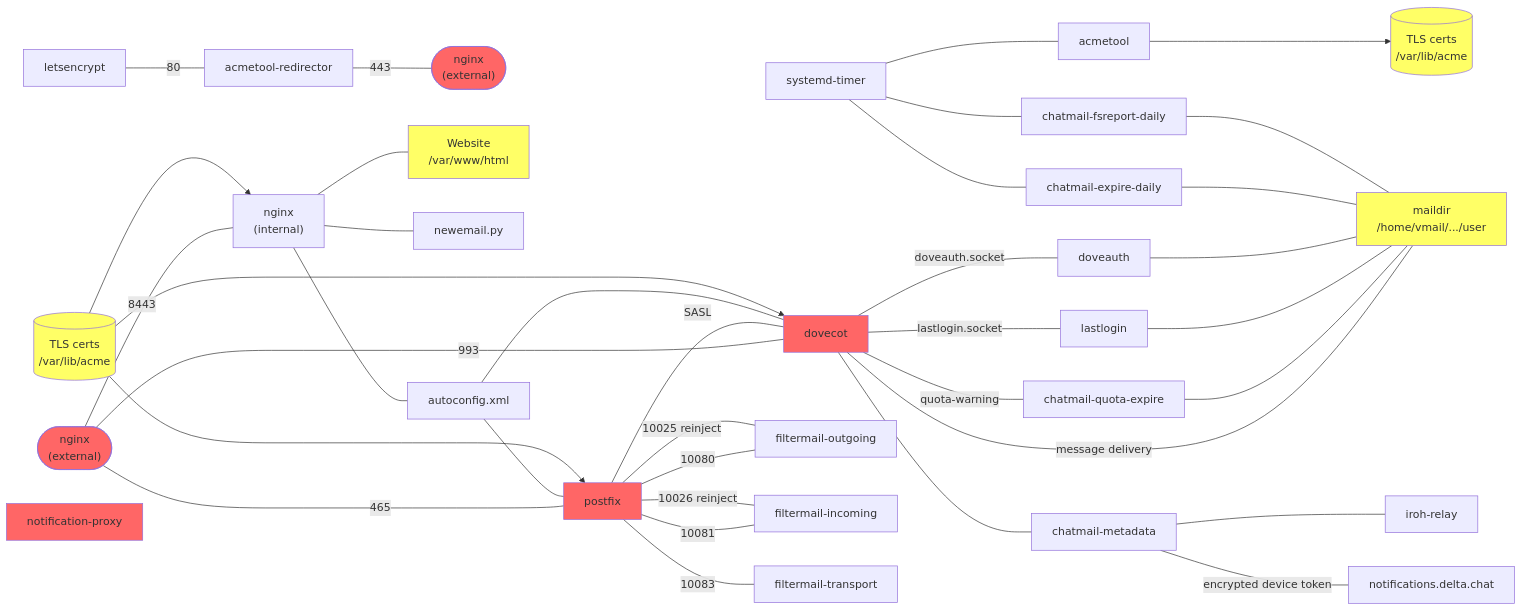
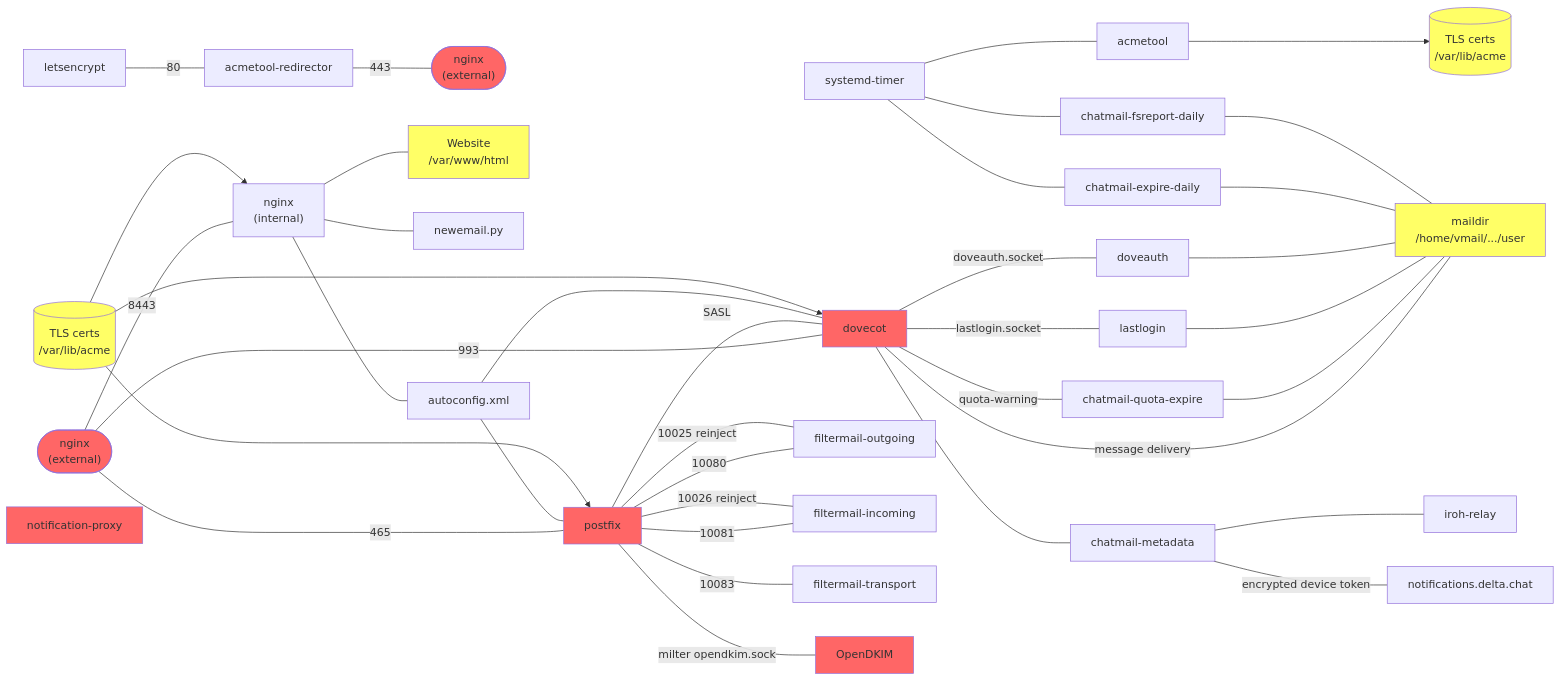
One commit to trendless/chtmlrelay changed the first of 2 diagrams in doc/source/overview.rst. Above: the diagram before and after it, drawn with Mermaid. The commit also changed other lines of this file, not shown here.

First line of the commit message:
docs: Update overview diagrams (#995)

```diff
--- a/doc/source/overview.rst
+++ b/doc/source/overview.rst
@@ -128,55 +128,57 @@
 .. mermaid::
    :caption: This diagram shows relay components and dependencies/communication paths.
 
     graph LR;
         letsencrypt --- |80|acmetool-redirector;
         acmetool-redirector --- |443|nginx-right(["`nginx
         (external)`"]);
         nginx-external --- |465|postfix;
         nginx-external(["`nginx
         (external)`"]) --- |8443|nginx-internal["`nginx
         (internal)`"];
         nginx-internal --- website["`Website
         /var/www/html`"];
         nginx-internal --- newemail.py;
         nginx-internal --- autoconfig.xml;
         certs-nginx[("`TLS certs
         /var/lib/acme`")] --> nginx-internal;
         systemd-timer --- acmetool;
         systemd-timer --- chatmail-expire-daily;
         systemd-timer --- chatmail-fsreport-daily;
         acmetool --> certs[("`TLS certs
         /var/lib/acme`")];
         nginx-external --- |993|dovecot;
         postfix --- |SASL|dovecot;
         autoconfig.xml --- postfix;
         autoconfig.xml --- dovecot;
         postfix --- |10080|filtermail-outgoing;
         postfix --- |10081|filtermail-incoming;
         postfix --- |10083|filtermail-transport;
         filtermail-outgoing --- |10025 reinject|postfix;
         filtermail-incoming --- |10026 reinject|postfix;
+        postfix --- |milter opendkim.sock|OpenDKIM
         dovecot --- |doveauth.socket|doveauth;
         dovecot --- |message delivery|maildir["maildir
         /home/vmail/.../user"];
         dovecot --- |lastlogin.socket|lastlogin;
         dovecot --- chatmail-metadata;
         dovecot --- |quota-warning|chatmail-quota-expire;
         chatmail-quota-expire --- maildir;
         lastlogin --- maildir;
         doveauth --- maildir;
         chatmail-expire-daily --- maildir;
         chatmail-fsreport-daily --- maildir;
         chatmail-metadata --- iroh-relay;
         chatmail-metadata --- |encrypted device token| notifications.delta.chat;
         certs-nginx --> postfix;
         certs-nginx --> dovecot;
         style certs fill:#ff6;
         style website fill:#ff6;
         style maildir fill:#ff6;
         style certs-nginx fill:#ff6;
         style nginx-external fill:#f66;
         style nginx-right fill:#f66;
         style postfix fill:#f66;
         style dovecot fill:#f66;
+        style OpenDKIM fill:#f66;
         style notification-proxy fill:#f66;
```
